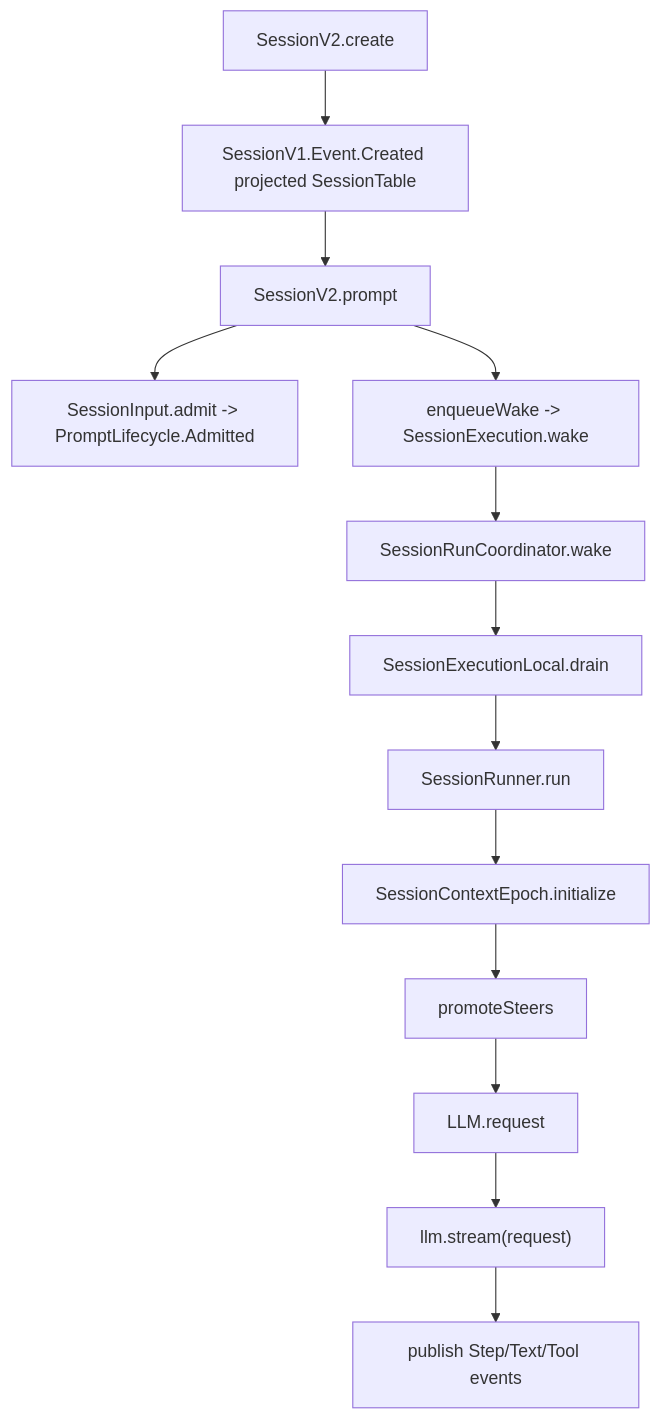
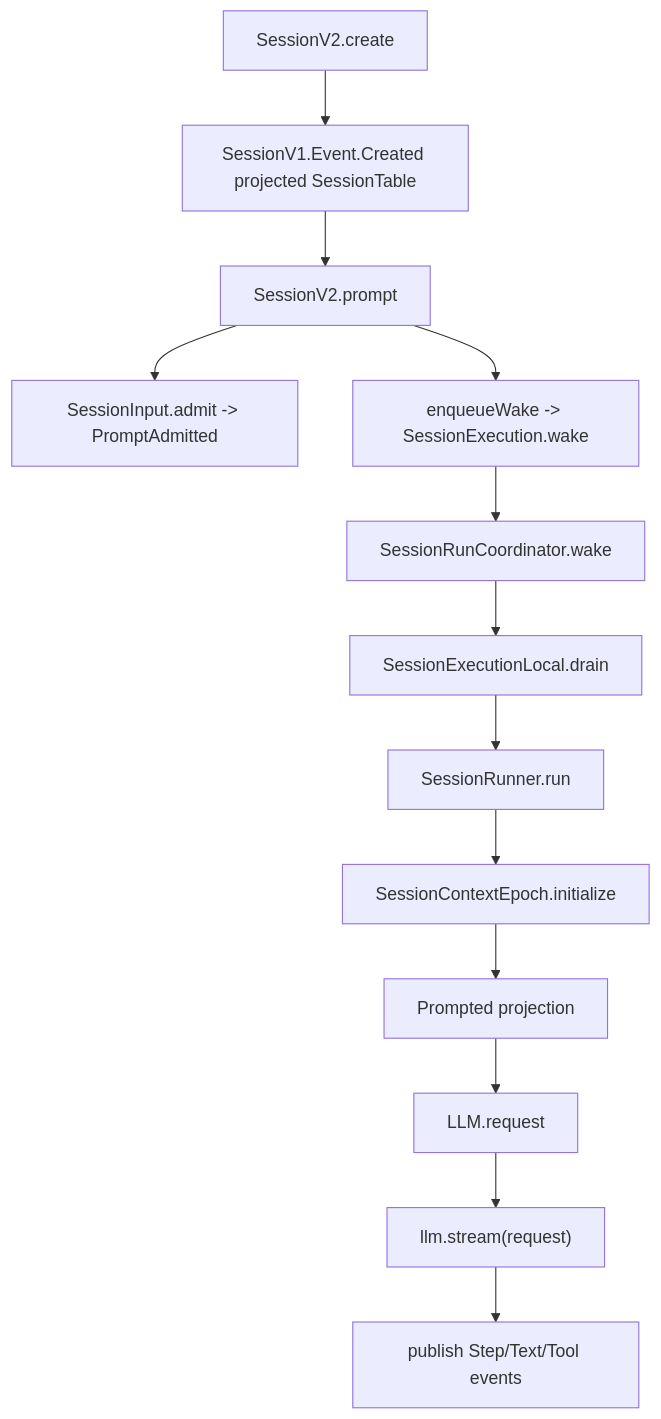
One commit to wdnmdtonyma/SOTA-Agent-LLM-Wiki changed the diagram in docs/llm-wiki/opencode/spine/trace-first-prompt.md. Above: the diagram before and after it, drawn with Mermaid. The commit also changed other lines of this file and 544 other files, not shown here.

````diff
--- a/docs/llm-wiki/opencode/spine/trace-first-prompt.md
+++ b/docs/llm-wiki/opencode/spine/trace-first-prompt.md
@@ -23,15 +23,15 @@
 ```mermaid
 flowchart TD
   Create["SessionV2.create"] --> Created["SessionV1.Event.Created projected SessionTable"]
   Created --> Prompt["SessionV2.prompt"]
-  Prompt --> Admit["SessionInput.admit -> PromptLifecycle.Admitted"]
+  Prompt --> Admit["SessionInput.admit -> PromptAdmitted"]
   Prompt --> Wake["enqueueWake -> SessionExecution.wake"]
   Wake --> Coord["SessionRunCoordinator.wake"]
   Coord --> Drain["SessionExecutionLocal.drain"]
   Drain --> Run["SessionRunner.run"]
   Run --> Init["SessionContextEpoch.initialize"]
   Init --> Promote["promoteSteers"]
-  Promote --> Request["LLM.request"]
+  Promote["Prompted projection"] --> Request["LLM.request"]
   Request --> Stream["llm.stream(request)"]
   Stream --> Publish["publish Step/Text/Tool events"]
 ```
````
